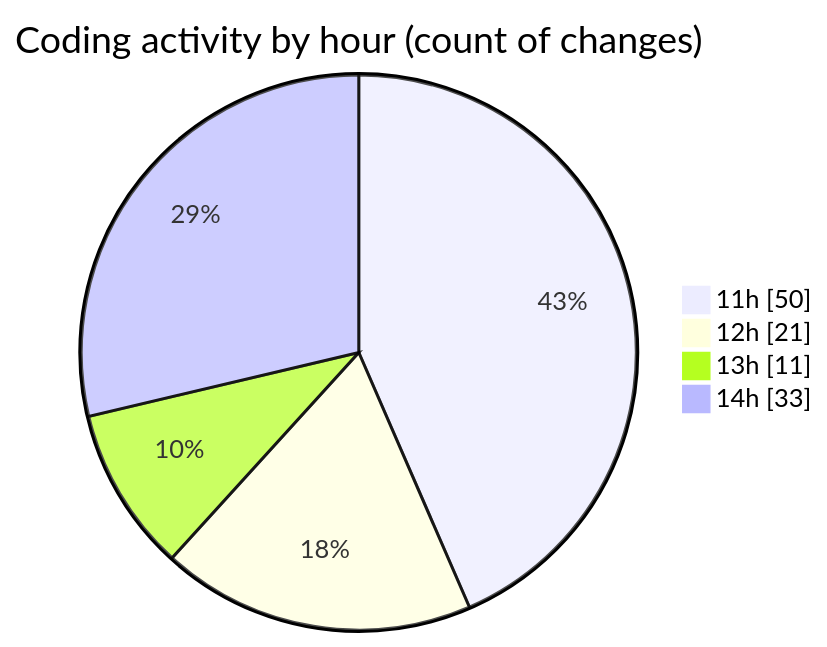
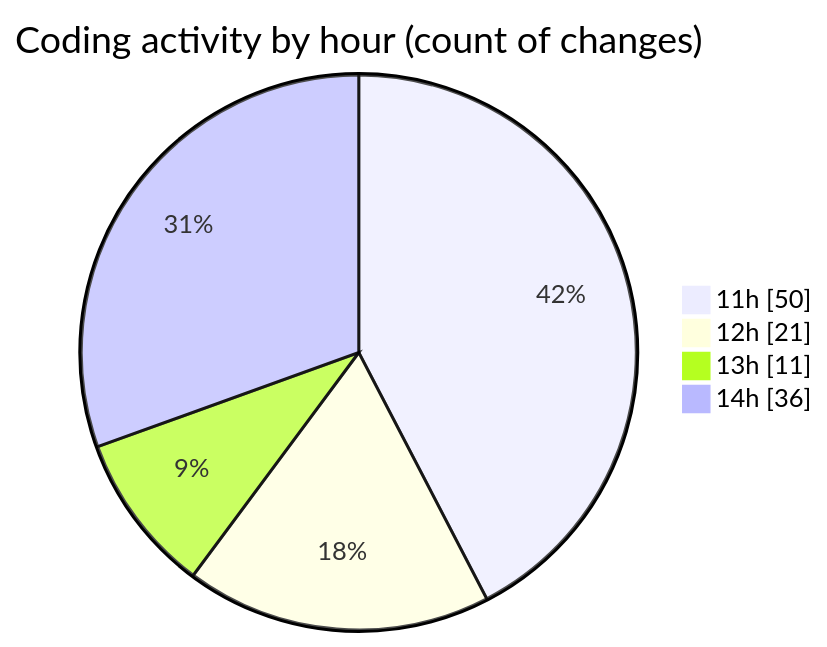
The second of 2 diagrams in 2026-02-06/singularitybrainai/README.md (tmsrecording-cyber/code-tracking), drawn with Mermaid before and after one commit. The commit also changed other lines of this file and 1 other file, not shown here.

````diff
--- a/2026-02-06/singularitybrainai/README.md
+++ b/2026-02-06/singularitybrainai/README.md
@@ -38,8 +40,8 @@
 ```mermaid
 pie showData
 title Coding activity by hour (count of changes)
 "11h" : 50
 "12h" : 21
 "13h" : 11
-"14h" : 33
+"14h" : 36
 ```
````
